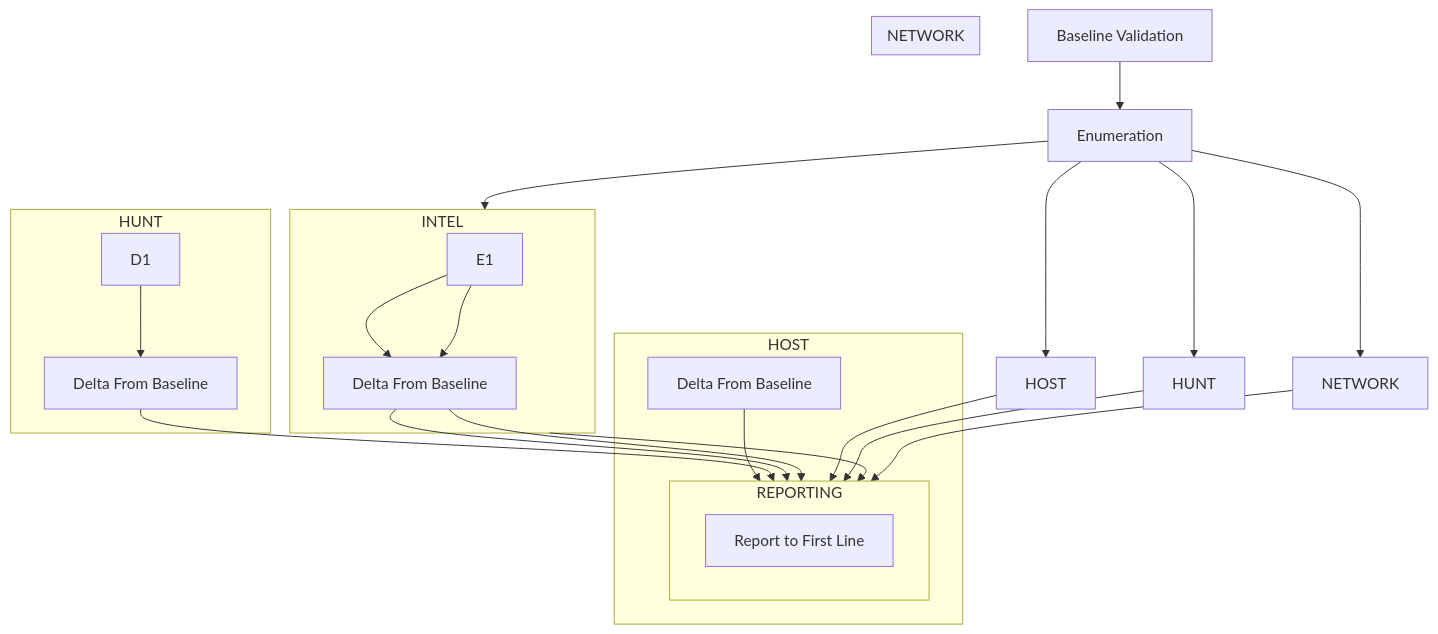
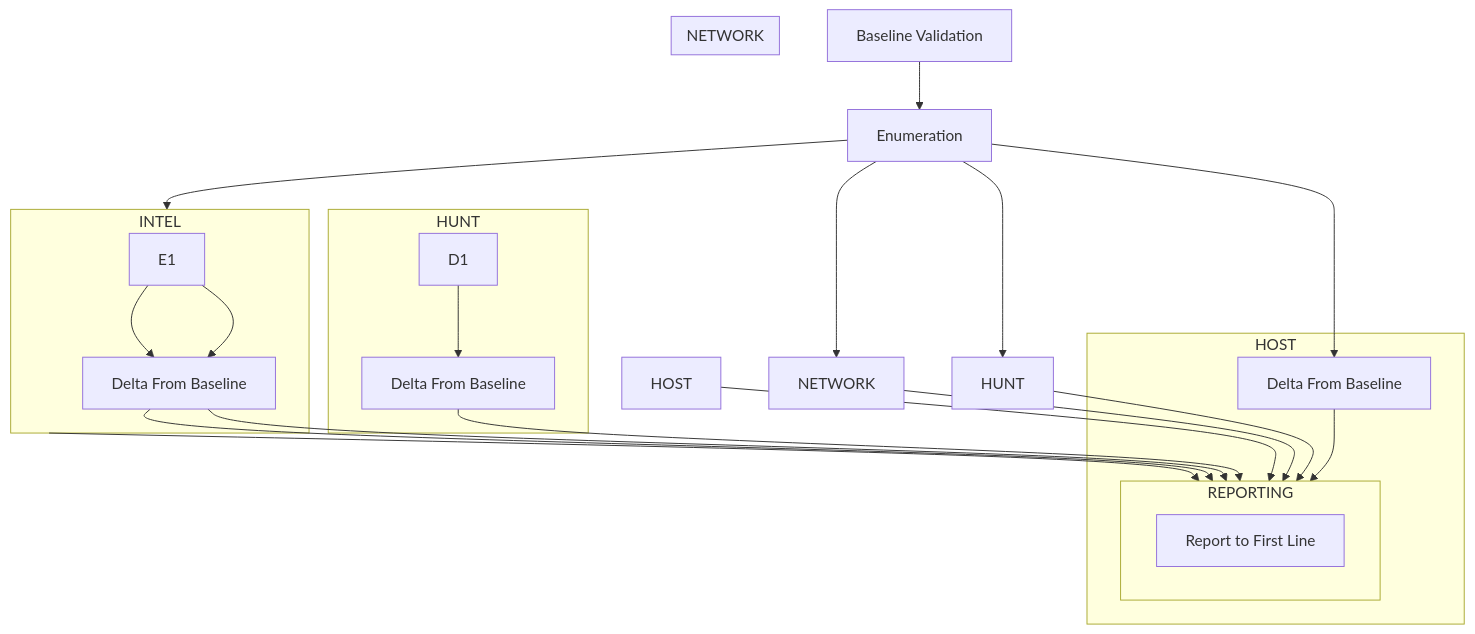
Before and after one commit to huntmckay/cyberflow: the diagram in team_flow.md, drawn with Mermaid.

````diff
--- a/team_flow.md
+++ b/team_flow.md
@@ -1,43 +1,42 @@
 ```mermaid
 ---
 Title: Scanning and Validation Flow
 ---
 flowchart TD
     A[Baseline Validation] --> B
-
     B[Enumeration]
 
     subgraph HOST 
-    C2[Delta From Baseline] --> REPORTING
+    HOST1[Delta From Baseline] --> REPORTING
     end
 
     subgraph HUNT 
     D1 --> D2[Delta From Baseline]
     D2 --> REPORTING
     end
 
     subgraph INTEL
     E1 --> E2[Delta From Baseline]
     E2 --> REPORTING
     end
 
     subgraph NETWORK 
     E1 --> E2[Delta From Baseline]
     E2 --> REPORTING
     end
 
     subgraph REPORTING
     Z[Report to First Line]
     end
 
-    B --> HOST
+    B --> HOST1
     B --> HUNT
     B --> INTEL
     B --> NETWORK
 
     HOST --> REPORTING
     HUNT --> REPORTING
     INTEL --> REPORTING
     NETWORK --> REPORTING
 
 ```
````
